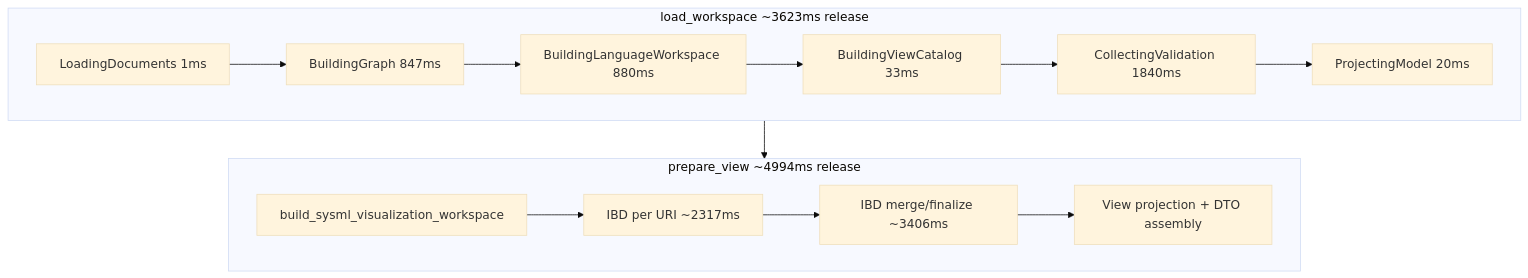
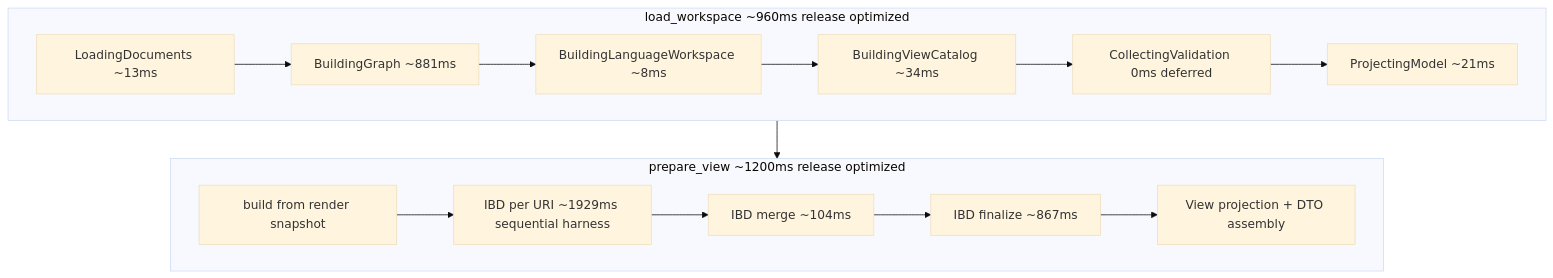
The diagram in docs/engineering/ROBOT-VACUUM-PERFORMANCE-ANALYSIS.md (elan8/spec42), drawn with Mermaid (base theme) before and after one commit. The commit also changed other lines of this file and 7 other files, not shown here.

First line of the commit message:
Refactor IBD payload merging and enhance workspace instance mapping

````diff
--- a/docs/engineering/ROBOT-VACUUM-PERFORMANCE-ANALYSIS.md
+++ b/docs/engineering/ROBOT-VACUUM-PERFORMANCE-ANALYSIS.md
@@ -79,16 +95,17 @@
 ```mermaid
 flowchart TB
-  subgraph load [load_workspace ~3623ms release]
-    A[LoadingDocuments 1ms] --> B[BuildingGraph 847ms]
-    B --> C[BuildingLanguageWorkspace 880ms]
-    C --> D[BuildingViewCatalog 33ms]
-    D --> E[CollectingValidation 1840ms]
-    E --> F[ProjectingModel 20ms]
+  subgraph load [load_workspace ~960ms release optimized]
+    A[LoadingDocuments ~13ms] --> B[BuildingGraph ~881ms]
+    B --> C[BuildingLanguageWorkspace ~8ms]
+    C --> D[BuildingViewCatalog ~34ms]
+    D --> E[CollectingValidation 0ms deferred]
+    E --> F[ProjectingModel ~21ms]
   end
-  subgraph view [prepare_view ~4994ms release]
-    G[build_sysml_visualization_workspace] --> H[IBD per URI ~2317ms]
-    H --> I[IBD merge/finalize ~3406ms]
-    I --> J[View projection + DTO assembly]
+  subgraph view [prepare_view ~1200ms release optimized]
+    G[build from render snapshot] --> H[IBD per URI ~1929ms sequential harness]
+    H --> I[IBD merge ~104ms]
+    I --> J[IBD finalize ~867ms]
+    J --> K[View projection + DTO assembly]
   end
   load --> view
 ```
````
